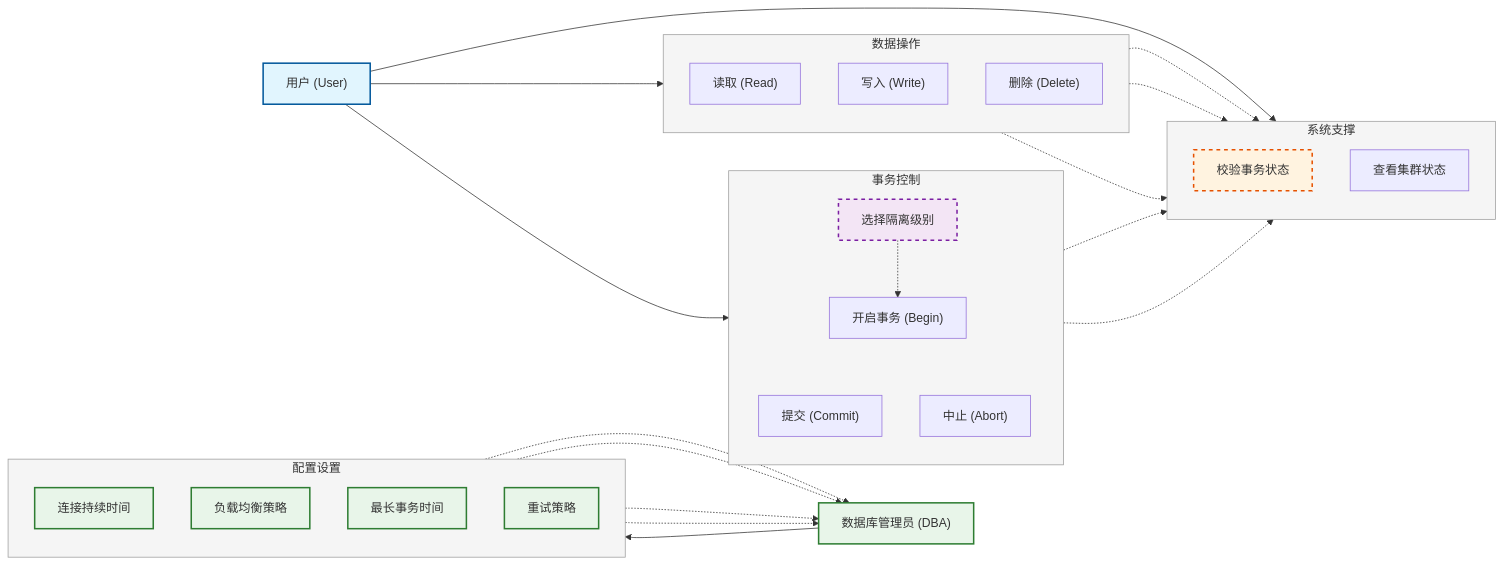
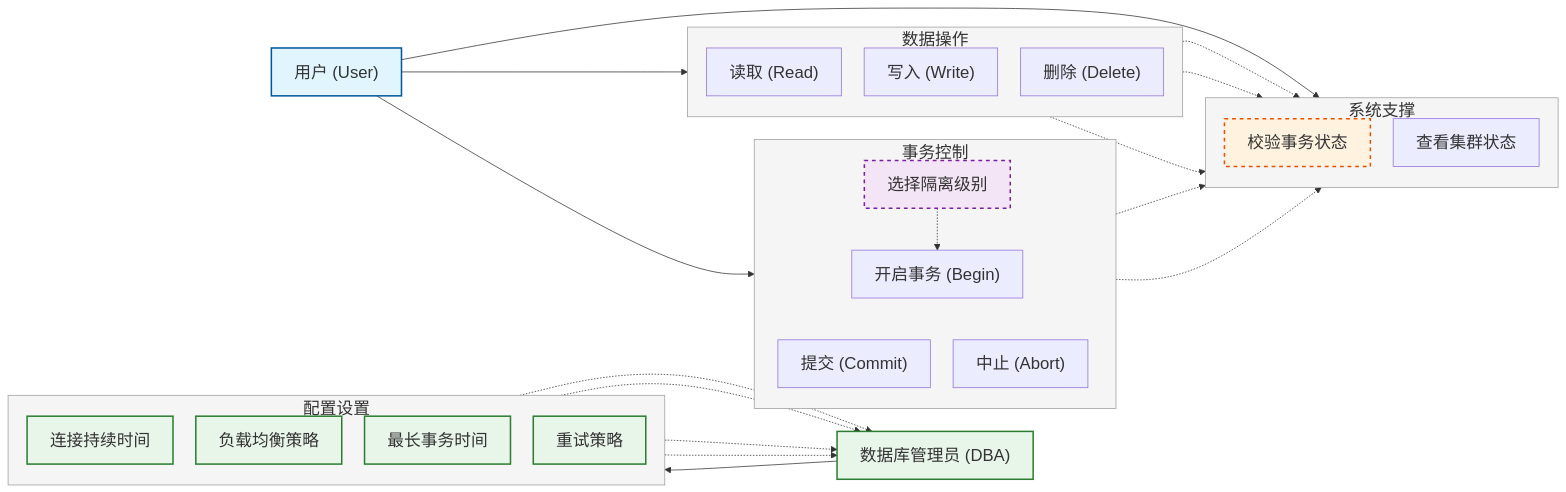
The diagram in figures/mmd/usercase.mmd (ZhangJihua0327/master-thesis), drawn with Mermaid before and after one commit. The commit also changed 9 other files, not shown here.

```diff
--- a/figures/mmd/usercase.mmd
+++ b/figures/mmd/usercase.mmd
@@ -1,76 +1,77 @@
+%%{init: {'theme': 'default', 'themeVariables': {'fontSize': '22px', 'noteFontSize': '20px'}, 'flowchart': {'nodeSpacing': 30, 'rankSpacing': 30}}}%%
 flowchart LR
     direction LR
     
     User["用户 (User)"]
     DBA["数据库管理员 (DBA)"]
     
     subgraph TxnControl["事务控制"]
         direction TB
         UC_Begin["开启事务 (Begin)"]
         UC_Isolation["选择隔离级别"]
         UC_Commit["提交 (Commit)"]
         UC_Abort["中止 (Abort)"]
     end
     
     subgraph DataOps["数据操作"]
         direction TB
         UC_Read["读取 (Read)"]
         UC_Write["写入 (Write)"]
         UC_Delete["删除 (Delete)"]
     end
     
     subgraph Config["配置设置"]
         direction TB
         UC_ConnDuration["连接持续时间"]
         UC_LBStrategy["负载均衡策略"]
         UC_TxnTimeout["最长事务时间"]
         UC_RetryPolicy["重试策略"]
     end
     
     subgraph System["系统支撑"]
         direction TB
         UC_Validate["校验事务状态"]
         UC_Status["查看集群状态"]
     end
 
     %% 用户连接事务控制、数据操作、系统支撑
     User --> TxnControl
     User --> DataOps
     User --> System
 
     %% 数据库管理员连接配置设置
     DBA --> Config
 
     %% 事务内部逻辑
     UC_Isolation -.-> UC_Begin
     UC_Begin ~~~ UC_Commit
     UC_Begin ~~~ UC_Abort
     
     %% 数据操作依赖校验
     UC_Read -.-> UC_Validate
     UC_Write -.-> UC_Validate
     UC_Delete -.-> UC_Validate
     
     %% 提交/中止也依赖校验
     UC_Commit -.-> UC_Validate
     UC_Abort -.-> UC_Validate
     
     %% 配置项与管理员关联
     UC_ConnDuration -.-> DBA
     UC_LBStrategy -.-> DBA
     UC_TxnTimeout -.-> DBA
     UC_RetryPolicy -.-> DBA
 
     %% 样式定义
     style User fill:#e1f5fe,stroke:#01579b,stroke-width:2px
     style DBA fill:#e8f5e9,stroke:#2e7d32,stroke-width:2px
     style UC_Isolation fill:#f3e5f5,stroke:#7b1fa2,stroke-width:2px,stroke-dasharray:5 5
     style UC_Validate fill:#fff3e0,stroke:#e65100,stroke-width:2px,stroke-dasharray:5 5
     style UC_ConnDuration fill:#e8f5e9,stroke:#2e7d32,stroke-width:2px
     style UC_LBStrategy fill:#e8f5e9,stroke:#2e7d32,stroke-width:2px
     style UC_TxnTimeout fill:#e8f5e9,stroke:#2e7d32,stroke-width:2px
     style UC_RetryPolicy fill:#e8f5e9,stroke:#2e7d32,stroke-width:2px
     style TxnControl fill:#f5f5f5,stroke:#9e9e9e,stroke-width:1px
     style DataOps fill:#f5f5f5,stroke:#9e9e9e,stroke-width:1px
     style Config fill:#f5f5f5,stroke:#9e9e9e,stroke-width:1px
     style System fill:#f5f5f5,stroke:#9e9e9e,stroke-width:1px
```
